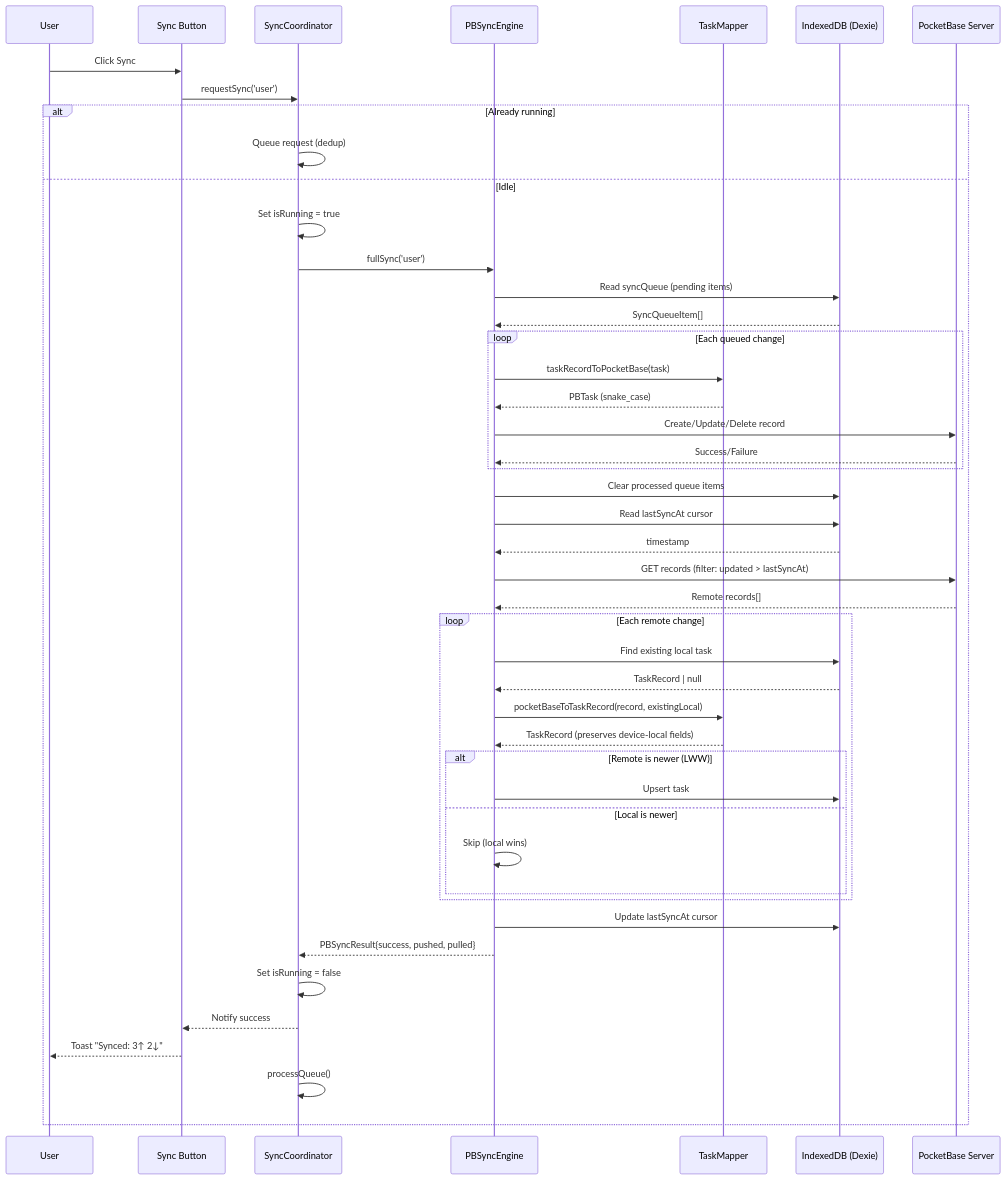
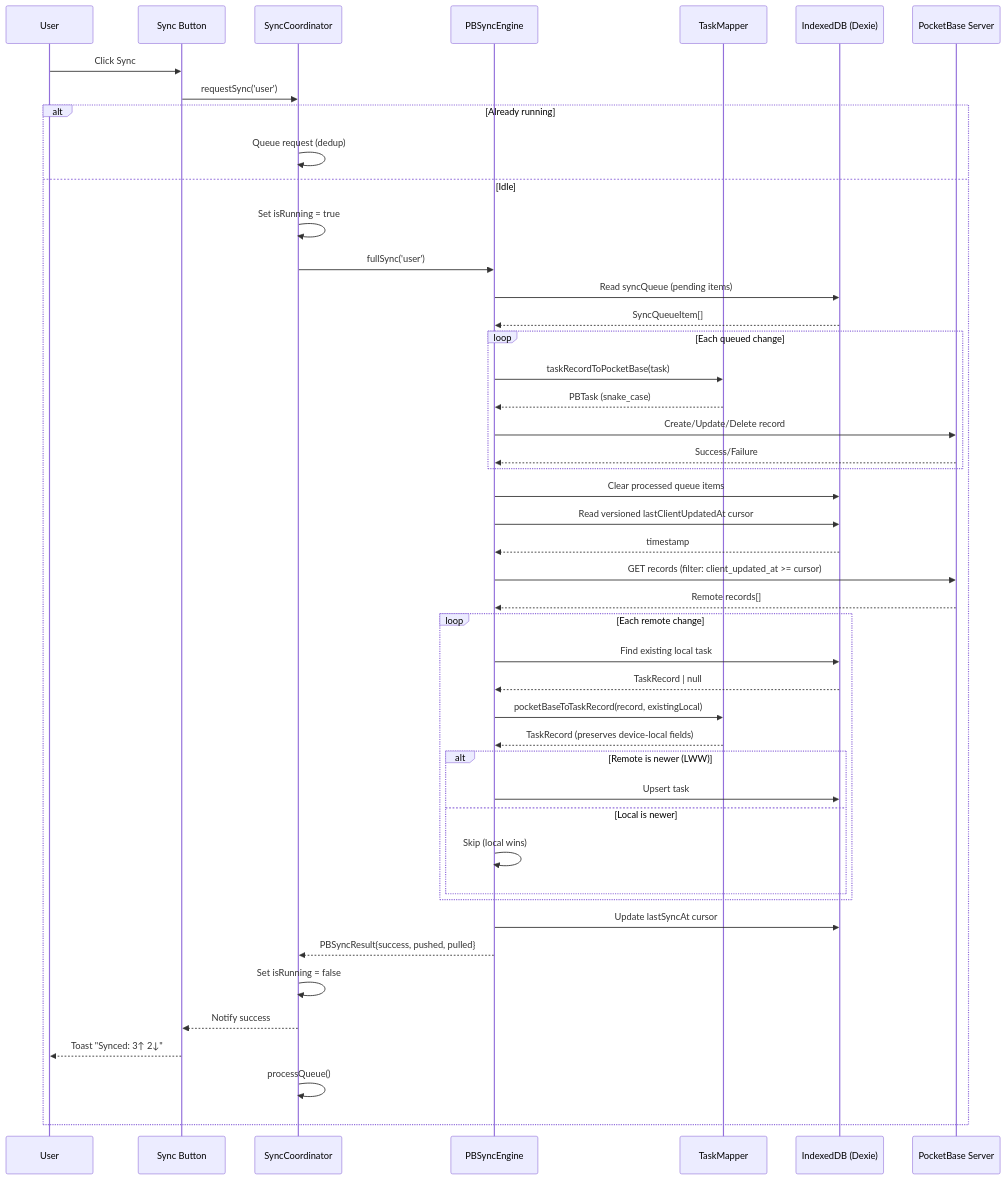
The fifth of 11 diagrams in docs/uml-diagrams.md (vscarpenter/gsd-task-manager), drawn with Mermaid before and after one commit. The commit also changed 127 other files, not shown here.

````diff
--- a/docs/uml-diagrams.md
+++ b/docs/uml-diagrams.md
@@ -372,61 +372,61 @@
 ```mermaid
 sequenceDiagram
     participant User
     participant UI as Sync Button
     participant Coord as SyncCoordinator
     participant Engine as PBSyncEngine
     participant Mapper as TaskMapper
     participant DB as IndexedDB (Dexie)
     participant PB as PocketBase Server
 
     User->>UI: Click Sync
     UI->>Coord: requestSync('user')
     
     alt Already running
         Coord->>Coord: Queue request (dedup)
     else Idle
         Coord->>Coord: Set isRunning = true
         Coord->>Engine: fullSync('user')
         
         %% Push phase
         Engine->>DB: Read syncQueue (pending items)
         DB-->>Engine: SyncQueueItem[]
         
         loop Each queued change
             Engine->>Mapper: taskRecordToPocketBase(task)
             Mapper-->>Engine: PBTask (snake_case)
             Engine->>PB: Create/Update/Delete record
             PB-->>Engine: Success/Failure
         end
         
         Engine->>DB: Clear processed queue items
 
         %% Pull phase
-        Engine->>DB: Read lastSyncAt cursor
+        Engine->>DB: Read versioned lastClientUpdatedAt cursor
         DB-->>Engine: timestamp
-        Engine->>PB: GET records (filter: updated > lastSyncAt)
+        Engine->>PB: GET records (filter: client_updated_at >= cursor)
         PB-->>Engine: Remote records[]
         
         loop Each remote change
             Engine->>DB: Find existing local task
             DB-->>Engine: TaskRecord | null
             Engine->>Mapper: pocketBaseToTaskRecord(record, existingLocal)
             Mapper-->>Engine: TaskRecord (preserves device-local fields)
             
             alt Remote is newer (LWW)
                 Engine->>DB: Upsert task
             else Local is newer
                 Engine->>Engine: Skip (local wins)
             end
         end
 
         Engine->>DB: Update lastSyncAt cursor
         Engine-->>Coord: PBSyncResult{success, pushed, pulled}
         Coord->>Coord: Set isRunning = false
         Coord-->>UI: Notify success
         UI-->>User: Toast "Synced: 3↑ 2↓"
         
         %% Process queued requests
         Coord->>Coord: processQueue()
     end
 ```
````
